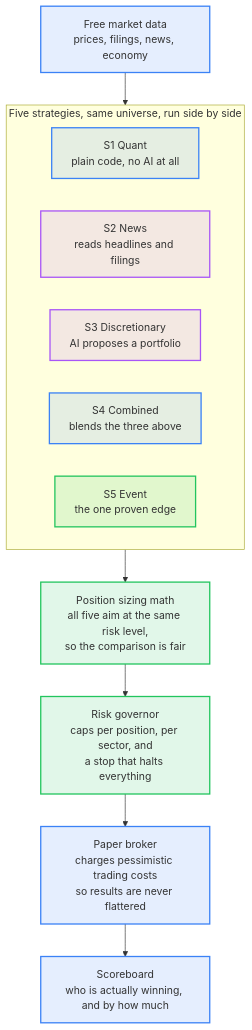
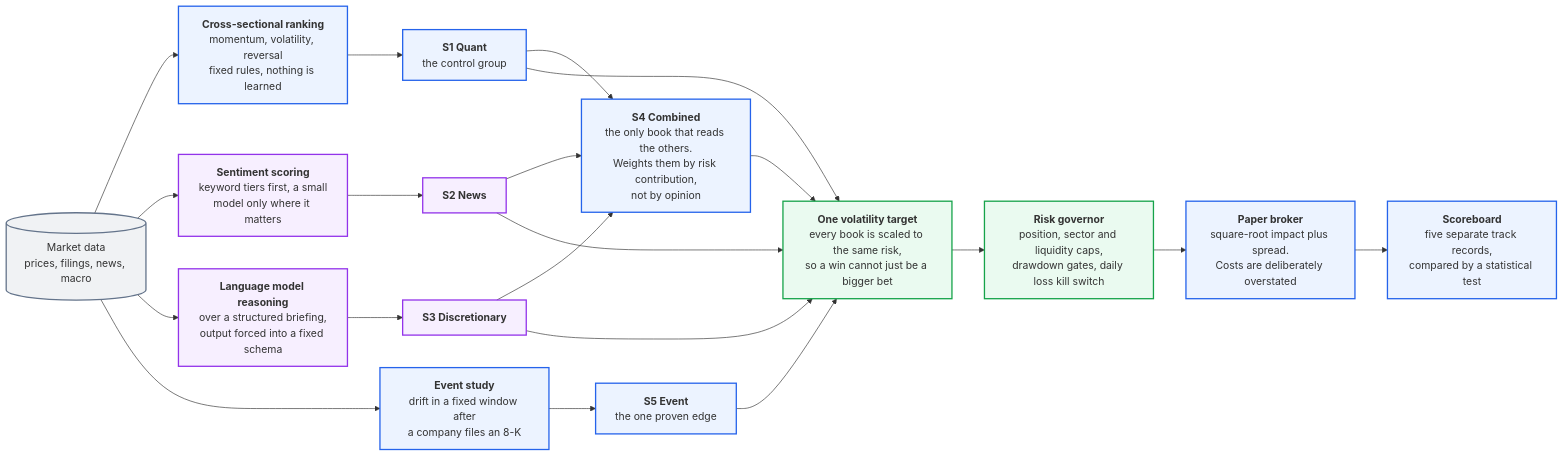
One commit to baypeanut/multi-strategy-fund changed the first of 2 diagrams in README.md. Above: the diagram before and after it, drawn with Mermaid. The commit also changed other lines of this file, not shown here.

First line of the commit message:
Redraw the first diagram: the books are parallel systems, not steps

````diff
--- a/README.md
+++ b/README.md
@@ -21,25 +30,40 @@
 ```mermaid
-flowchart TD
-    D["Free market data<br/>prices, filings, news, economy"] --> BOOKS
+flowchart LR
+    D[("Market data<br/>prices, filings, news, macro")]
 
-    subgraph BOOKS["Five strategies, same universe, run side by side"]
-        direction LR
-        S1["S1 Quant<br/>plain code, no AI at all"]
-        S2["S2 News<br/>reads headlines and filings"]
-        S3["S3 Discretionary<br/>AI proposes a portfolio"]
-        S4["S4 Combined<br/>blends the three above"]
-        S5["S5 Event<br/>the one proven edge"]
-    end
+    D --> M1
+    D --> M2
+    D --> M3
+    D --> M5
 
-    BOOKS --> W["Position sizing math<br/>all five aim at the same risk level,<br/>so the comparison is fair"]
-    W --> G["Risk governor<br/>caps per position, per sector, and<br/>a stop that halts everything"]
-    G --> B["Paper broker<br/>charges pessimistic trading costs<br/>so results are never flattered"]
-    B --> L["Scoreboard<br/>who is actually winning, and by how much"]
+    M1["<b>Cross-sectional ranking</b><br/>momentum, volatility, reversal<br/>fixed rules, nothing is learned"] --> S1["<b>S1 Quant</b><br/>the control group"]
+    M2["<b>Sentiment scoring</b><br/>keyword tiers first, a small<br/>model only where it matters"] --> S2["<b>S2 News</b>"]
+    M3["<b>Language model reasoning</b><br/>over a structured briefing,<br/>output forced into a fixed schema"] --> S3["<b>S3 Discretionary</b>"]
+    M5["<b>Event study</b><br/>drift in a fixed window after<br/>a company files an 8-K"] --> S5["<b>S5 Event</b><br/>the one proven edge"]
 
-    classDef mine fill:#22c55e22,stroke:#22c55e,stroke-width:2px
-    classDef code fill:#3b82f622,stroke:#3b82f6,stroke-width:2px
-    classDef ai   fill:#a855f722,stroke:#a855f7,stroke-width:2px
-    class D,S1,S4,B,L code
-    class S2,S3 ai
-    class W,G,S5 mine
+    S1 --> E
+    S2 --> E
+    S3 --> E
+    E["<b>S4 Combined</b><br/>the only book that reads the others.<br/>Weights them by risk contribution,<br/>not by opinion"]
+
+    S1 --> V
+    S2 --> V
+    S3 --> V
+    S5 --> V
+    E --> V
+
+    V["<b>One volatility target</b><br/>every book is scaled to the same risk,<br/>so a win cannot just be a bigger bet"]
+    V --> G["<b>Risk governor</b><br/>position, sector and liquidity caps,<br/>drawdown gates, daily loss kill switch"]
+    G --> B["<b>Paper broker</b><br/>square-root impact plus spread.<br/>Costs are deliberately overstated"]
+    B --> L["<b>Scoreboard</b><br/>five separate track records,<br/>compared by a statistical test"]
+
+    classDef mine fill:#22c55e18,stroke:#16a34a,stroke-width:2px
+    classDef code fill:#3b82f618,stroke:#2563eb,stroke-width:2px
+    classDef ai   fill:#a855f718,stroke:#9333ea,stroke-width:2px
+    classDef data fill:#64748b18,stroke:#64748b,stroke-width:2px
+
+    class D data
+    class M1,S1,M5,S5,E,B,L code
+    class M2,S2,M3,S3 ai
+    class V,G mine
 ```
````
